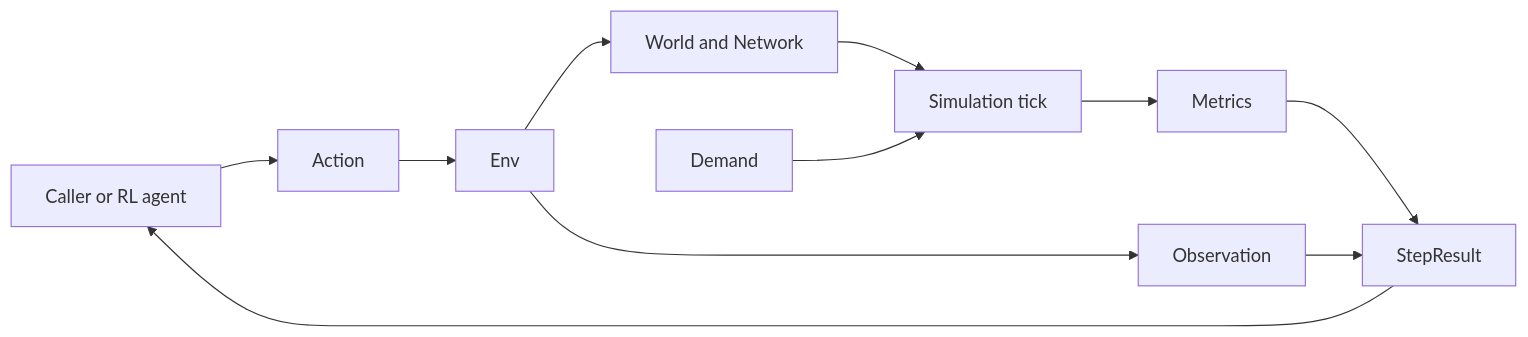
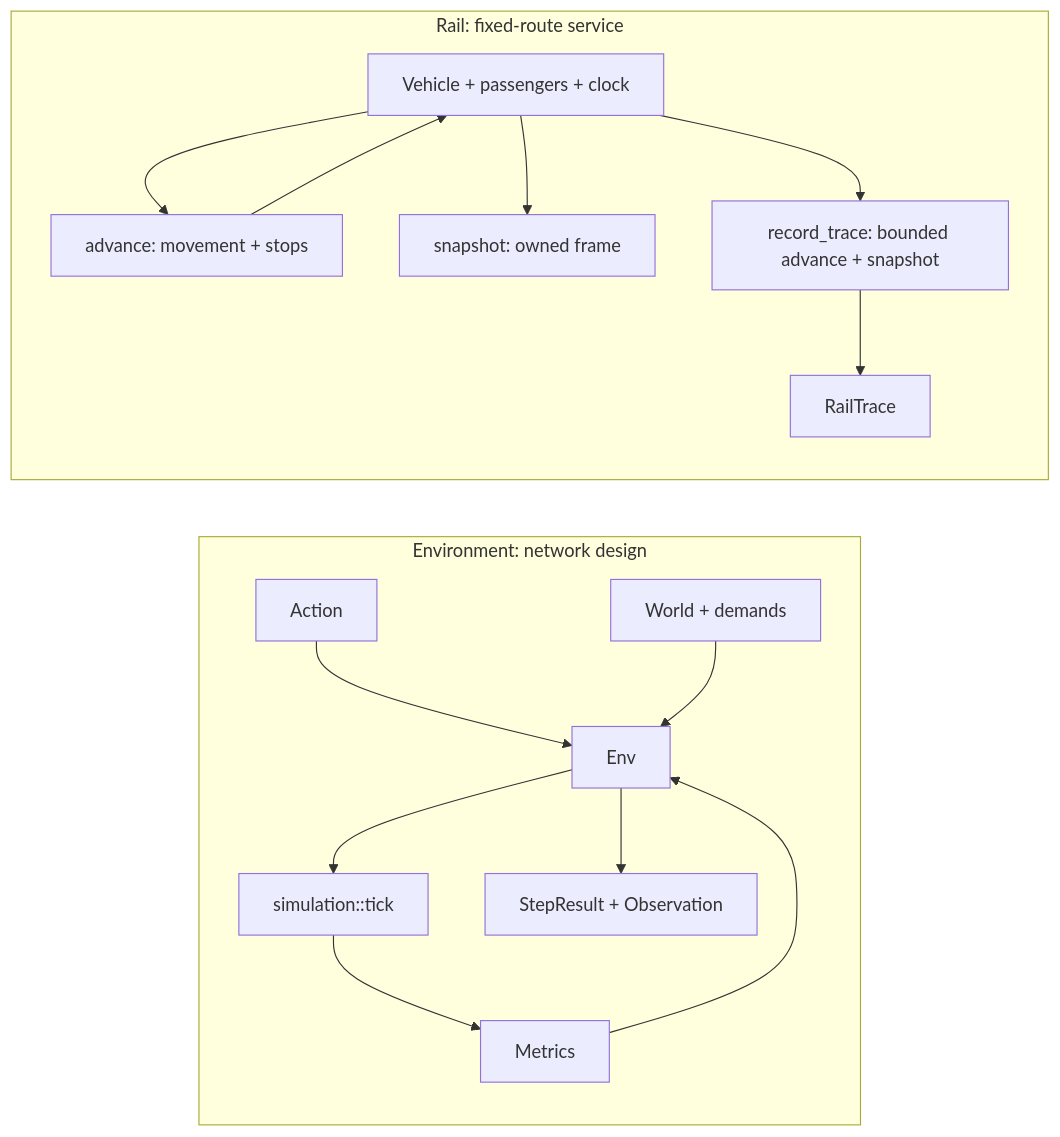
One commit to utilForever/urbanflow changed the diagram in ARCHITECTURE.md. Above: the diagram before and after it, drawn with Mermaid. The commit also changed other lines of this file, not shown here.

Commit message:
docs: simplify architecture overview

````diff
--- a/ARCHITECTURE.md
+++ b/ARCHITECTURE.md
@@ -13,13 +9,18 @@
 ```mermaid
 flowchart LR
-    Caller["Caller or RL agent"] --> Action
-    Action --> Env
-    Env --> World["World and Network"]
-    World --> Simulation["Simulation tick"]
-    Demand --> Simulation
-    Simulation --> Metrics
-    Env --> Observation
-    Metrics --> Result["StepResult"]
-    Observation --> Result
-    Result --> Caller
+    subgraph Environment["Environment: network design"]
+        Action --> Env
+        World["World + demands"] --> Env
+        Env --> Allocation["simulation::tick"]
+        Allocation --> Metrics
+        Metrics --> Env
+        Env --> Result["StepResult + Observation"]
+    end
+    subgraph Rail["Rail: fixed-route service"]
+        State["Vehicle + passengers + clock"] --> Advance["advance: movement + stops"]
+        Advance --> State
+        State --> Snapshot["snapshot: owned frame"]
+        State --> Record["record_trace: bounded advance + snapshot"]
+        Record --> Trace["RailTrace"]
+    end
 ```
````
